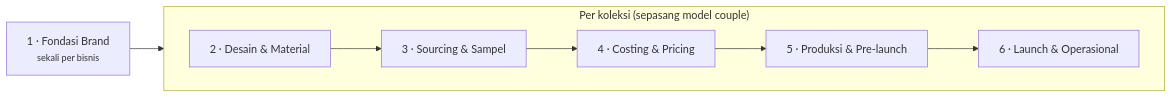
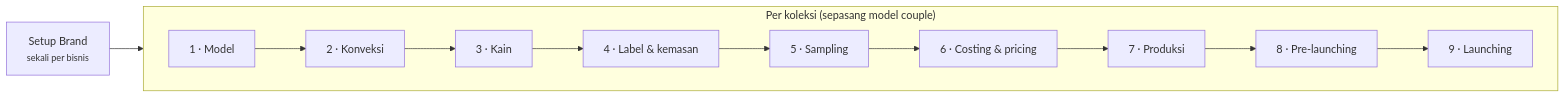
The diagram in README.md (nimassap/bisnis-fashion), drawn with Mermaid before and after one commit. The commit also changed other lines of this file, not shown here.

First line of the commit message:
docs: perbarui README untuk Setup Brand dan 9 step koleksi

````diff
--- a/README.md
+++ b/README.md
@@ -34,8 +34,9 @@
 ```mermaid
 flowchart LR
-    B["1 · Fondasi Brand<br/><small>sekali per bisnis</small>"] --> D
+    B["Setup Brand<br/><small>sekali per bisnis</small>"] --> S1
     subgraph K["Per koleksi (sepasang model couple)"]
         direction LR
-        D["2 · Desain &amp; Material"] --> S["3 · Sourcing &amp; Sampel"] --> C["4 · Costing &amp; Pricing"] --> P["5 · Produksi &amp; Pre-launch"] --> L["6 · Launch &amp; Operasional"]
+        S1["1 · Model"] --> S2["2 · Konveksi"] --> S3["3 · Kain"] --> S4["4 · Label &amp; kemasan"] --> S5["5 · Sampling"]
+        S5 --> S6["6 · Costing &amp; pricing"] --> S7["7 · Produksi"] --> S8["8 · Pre-launching"] --> S9["9 · Launching"]
     end
 ```
````
